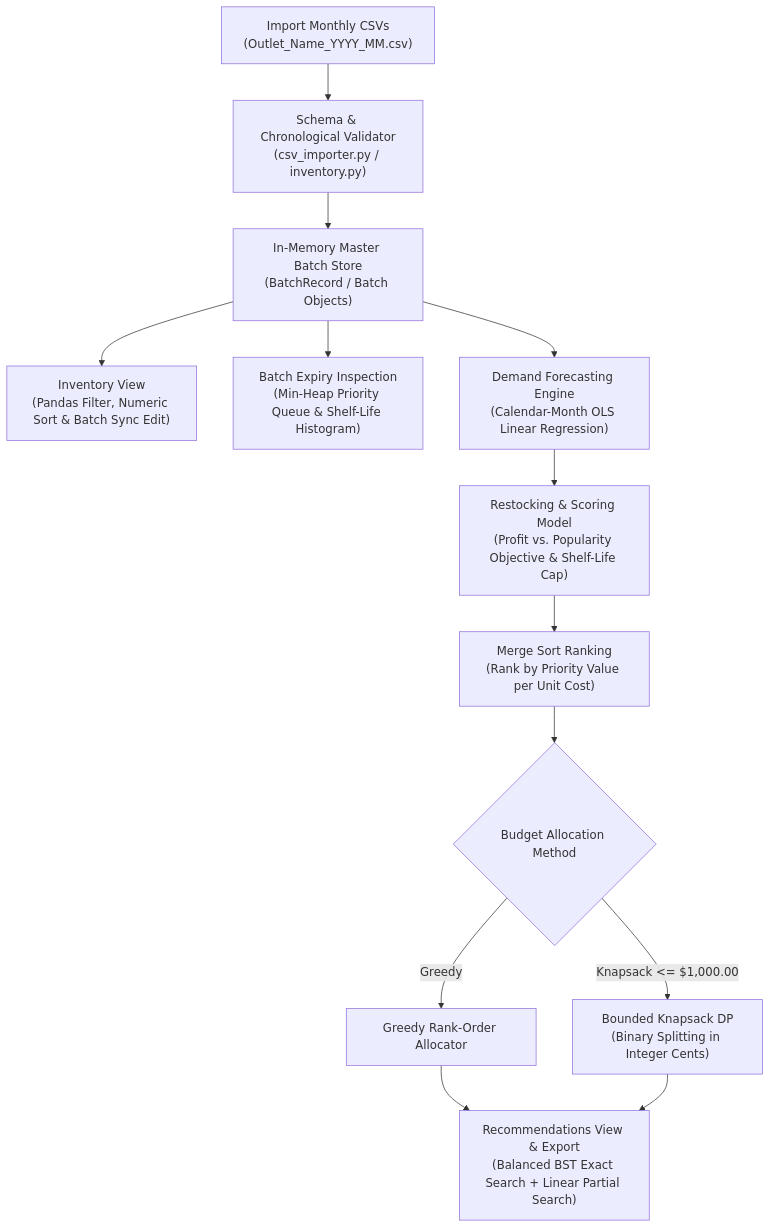
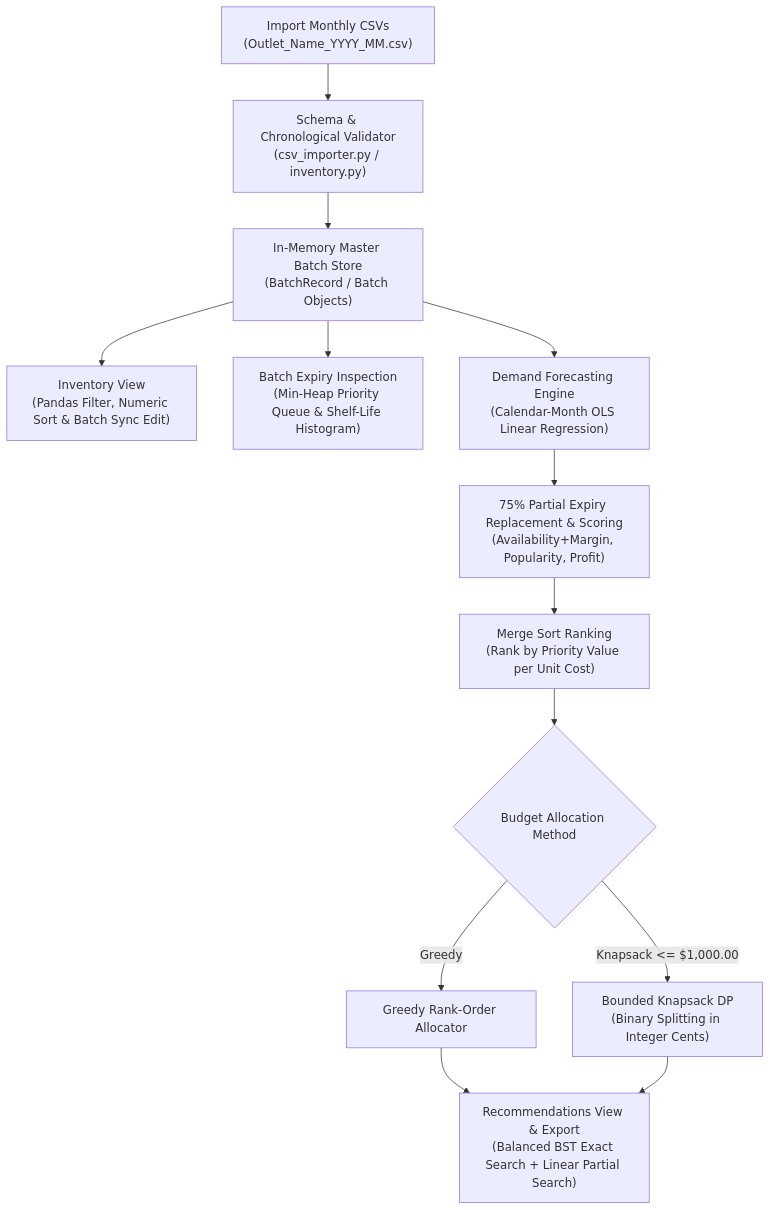
One commit to luisvoo-SIT/DSA_Project changed the diagram in REPORT.md. Above: the diagram before and after it, drawn with Mermaid. The commit also changed other lines of this file and 1 other file, not shown here.

Commit message:
Update technical report for 75% partial expiry replacement and 3 objectives

````diff
--- a/REPORT.md
+++ b/REPORT.md
@@ -75,19 +75,19 @@
 ```mermaid
 flowchart TD
     A["Import Monthly CSVs<br/>(Outlet_Name_YYYY_MM.csv)"] --> B["Schema & Chronological Validator<br/>(csv_importer.py / inventory.py)"]
     B --> C["In-Memory Master Batch Store<br/>(BatchRecord / Batch Objects)"]
     
     C --> D["Inventory View<br/>(Pandas Filter, Numeric Sort & Batch Sync Edit)"]
     C --> E["Batch Expiry Inspection<br/>(Min-Heap Priority Queue & Shelf-Life Histogram)"]
     C --> F["Demand Forecasting Engine<br/>(Calendar-Month OLS Linear Regression)"]
     
-    F --> G["Restocking & Scoring Model<br/>(Profit vs. Popularity Objective & Shelf-Life Cap)"]
+    F --> G["75% Partial Expiry Replacement & Scoring<br/>(Availability+Margin, Popularity, Profit)"]
     G --> H["Merge Sort Ranking<br/>(Rank by Priority Value per Unit Cost)"]
     
     H --> I{"Budget Allocation Method"}
     I -->|Greedy| J["Greedy Rank-Order Allocator"]
     I -->|Knapsack <= $1,000.00| K["Bounded Knapsack DP<br/>(Binary Splitting in Integer Cents)"]
     
     J --> L["Recommendations View & Export<br/>(Balanced BST Exact Search + Linear Partial Search)"]
     K --> L
 ```
````
